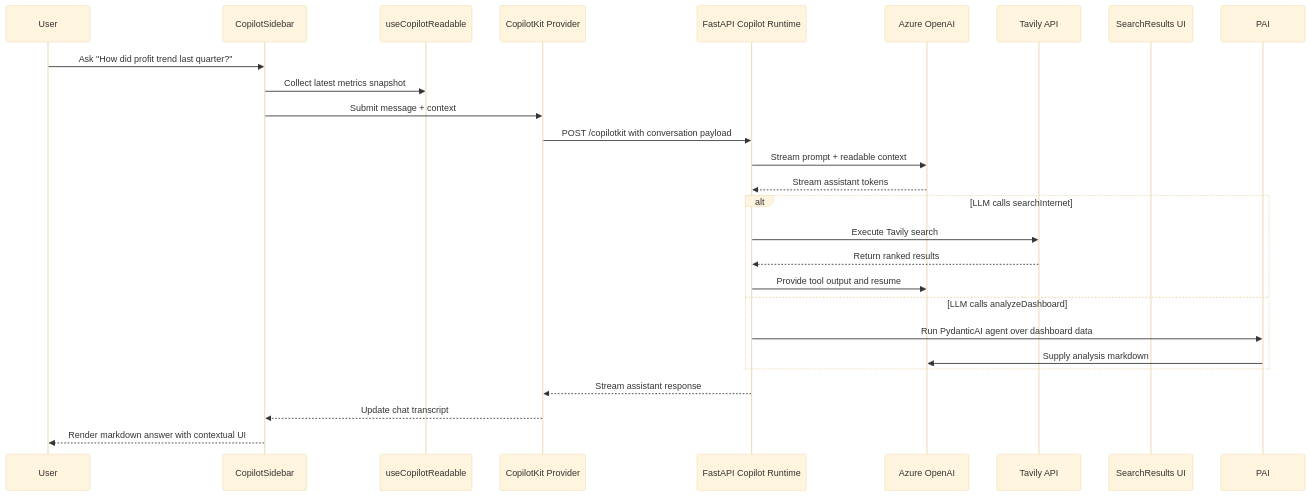
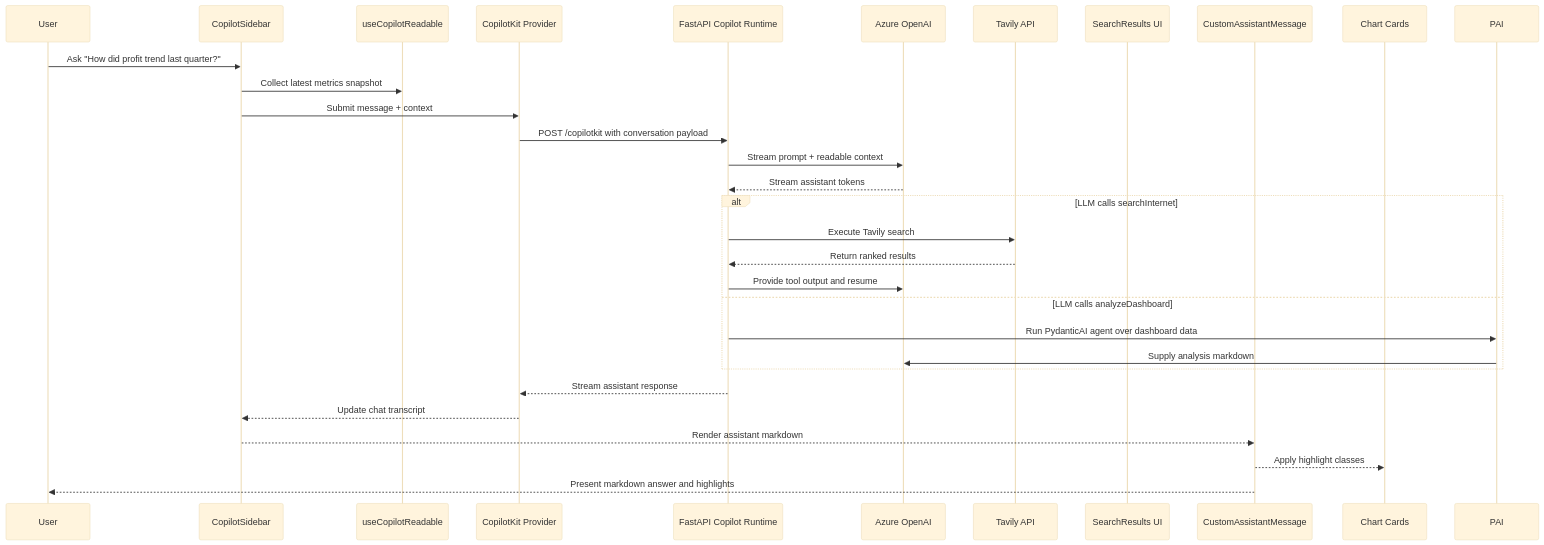
Before and after one commit to chris-han/CopilotKit: the fifth of 5 diagrams in examples/copilot-chat-with-your-data/architecture.md, drawn with Mermaid (base theme). The commit also changed other lines of this file and 4 other files, not shown here.

First line of the commit message:
feat(ui): enhance chart highlight and assistant prompt handling

````diff
--- a/examples/copilot-chat-with-your-data/architecture.md
+++ b/examples/copilot-chat-with-your-data/architecture.md
@@ -186,29 +191,33 @@
 ```mermaid
 sequenceDiagram
   participant U as User
   participant Sidebar as CopilotSidebar
   participant Readables as useCopilotReadable
   participant Provider as CopilotKit Provider
   participant PyRuntime as FastAPI Copilot Runtime
   participant LLM as Azure OpenAI
   participant Tav as Tavily API
   participant UI as SearchResults UI
+  participant Msg as CustomAssistantMessage
+  participant Cards as Chart Cards
 
   U->>Sidebar: Ask "How did profit trend last quarter?"
   Sidebar->>Readables: Collect latest metrics snapshot
   Sidebar->>Provider: Submit message + context
   Provider->>PyRuntime: POST /copilotkit with conversation payload
   PyRuntime->>LLM: Stream prompt + readable context
   LLM-->>PyRuntime: Stream assistant tokens
   alt LLM calls searchInternet
     PyRuntime->>Tav: Execute Tavily search
     Tav-->>PyRuntime: Return ranked results
     PyRuntime->>LLM: Provide tool output and resume
   else LLM calls analyzeDashboard
     PyRuntime->>PAI: Run PydanticAI agent over dashboard data
     PAI->>LLM: Supply analysis markdown
   end
   PyRuntime-->>Provider: Stream assistant response
   Provider-->>Sidebar: Update chat transcript
-  Sidebar-->>U: Render markdown answer with contextual UI
+  Sidebar-->>Msg: Render assistant markdown
+  Msg-->>Cards: Apply highlight classes
+  Msg-->>U: Present markdown answer and highlights
 ```
````
